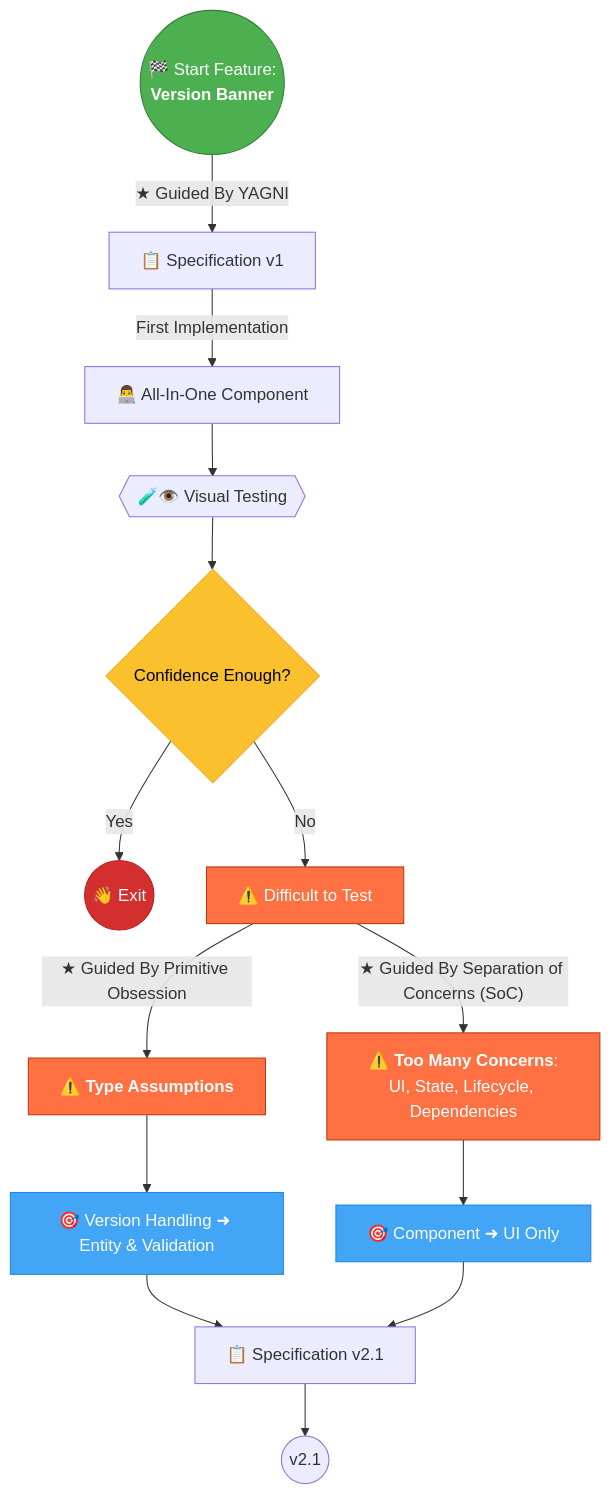
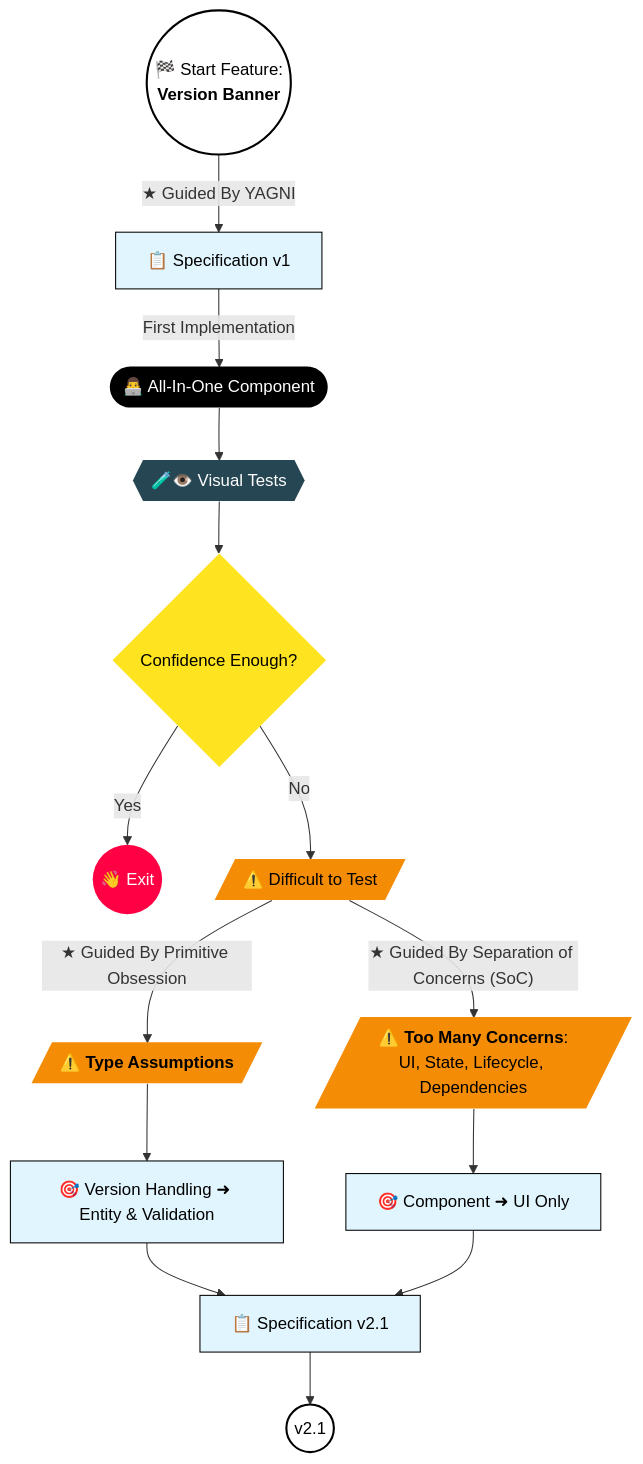
Before and after one commit to jeromeabel/nuxt-clean-architecture: the diagram in docs/Testing a Simple Nuxt Feature - 2 - All-in-One Component (v1).md, drawn with Mermaid. The commit also changed 6 other files, not shown here.

Commit message:
docs(version): up graphs colors and shapes

````diff
--- a/docs/Testing a Simple Nuxt Feature - 2 - All-in-One Component (v1).md
+++ b/docs/Testing a Simple Nuxt Feature - 2 - All-in-One Component (v1).md
@@ -58,57 +58,51 @@
 ```mermaid
 graph TB;
 
     %% Start %%
-    A((🏁 Start Feature:<br> <b>Version Banner</b>))
+    A((🏁 Start Feature:<br> <b>Version Banner</b>)):::start
 
     %% Spec v1 Checklist %%
-    B[📋 Specification v1]
+    B[📋 Specification v1]:::checklist
 
     %% Development Process %%
-    C[👨‍💻 All-In-One Component]
-    D{{🧪👁️ Visual Testing}}
-    E{Confidence Enough?}
-    F((👋 Exit))
+    C([👨‍💻 All-In-One Component]):::impl
+    D{{🧪👁️ Visual Tests}}:::test
+    E{Confidence Enough?}:::decision
+    F((👋 Exit)):::exit
 
     %% Issues %%
-    G[⚠️ Difficult to Test]
-    G1[⚠️ <b>Type Assumptions</b>]
-    G2[⚠️ <b>Too Many Concerns</b>:<br>UI, State, Lifecycle, Dependencies]
+    G[/⚠️ Difficult to Test/]:::issue
+    G1[/⚠️ <b>Type Assumptions</b>/]:::issue
+    G2[/⚠️ <b>Too Many Concerns</b>:<br>UI, State, Lifecycle, Dependencies/]:::issue
 
     %% Spec v2 Checklist %%
-    H1["🎯 Version Handling ➜ Entity & Validation"]
-    H2["🎯 Component ➜ UI Only"]
-    I[📋 Specification v2.1]
-
-    J((v2.1))
+    H1["🎯 Version Handling ➜ Entity & Validation"]:::checklist
+    H2["🎯 Component ➜ UI Only"]:::checklist
+    I[📋 Specification v2.1]:::checklist
+    J((v2.1)):::start
 
     %% Connections %%
     A --> |"★ Guided By YAGNI"| B
     B --> |First Implementation| C
     C --> D
     D --> E
     E --> |Yes| F
     E --> |No| G
 
     G -->|"★ Guided By Primitive Obsession"| G1
     G -->|"★ Guided By Separation of Concerns (SoC)"| G2
     G1 --> H1
     G2 --> H2
     H1 --> I
     H2 --> I
     I --> J
 
     %% Define Styles %%
-    classDef start fill:#4CAF50,stroke:#2E7D32,color:#FFFFFF;
-    classDef exit fill:#D32F2F,stroke:#B71C1C,color:#FFFFFF;
-    classDef decision fill:#FBC02D,stroke:#F9A825,color:#000000;
-    classDef issue fill:#FF7043,stroke:#BF360C,color:#FFFFFF;
-    classDef action fill:#42A5F5,stroke:#1E88E5,color:#FFFFFF;
-    classDef checklist fill:#E1F5FE,stroke:#0277BD,color:#000000;
-
-    class A start;
-    class F exit;
-    class E decision;
-    class G,G1,G2 issue;
-    class H1,H2 action;
+    classDef start fill:#fff,color:#000,stroke:#000,stroke-width:2;
+    classDef impl fill:#000,color:#fff,stroke:#fff,stroke-width:0;
+    classDef issue fill:#f48c06,color:#000,stroke:#333,stroke-width:0;
+    classDef decision fill:#FEE420,color:#000,stroke:#4F4400,stroke-width:0;
+    classDef test fill:#264653,color:#fff,stroke:#060600,stroke-width:0;
+    classDef exit fill:#ff0044,color:#fff,stroke-width:0;
+    classDef checklist fill:#E1F5FE,stroke:#000000,color:#000000;
 ```
````
